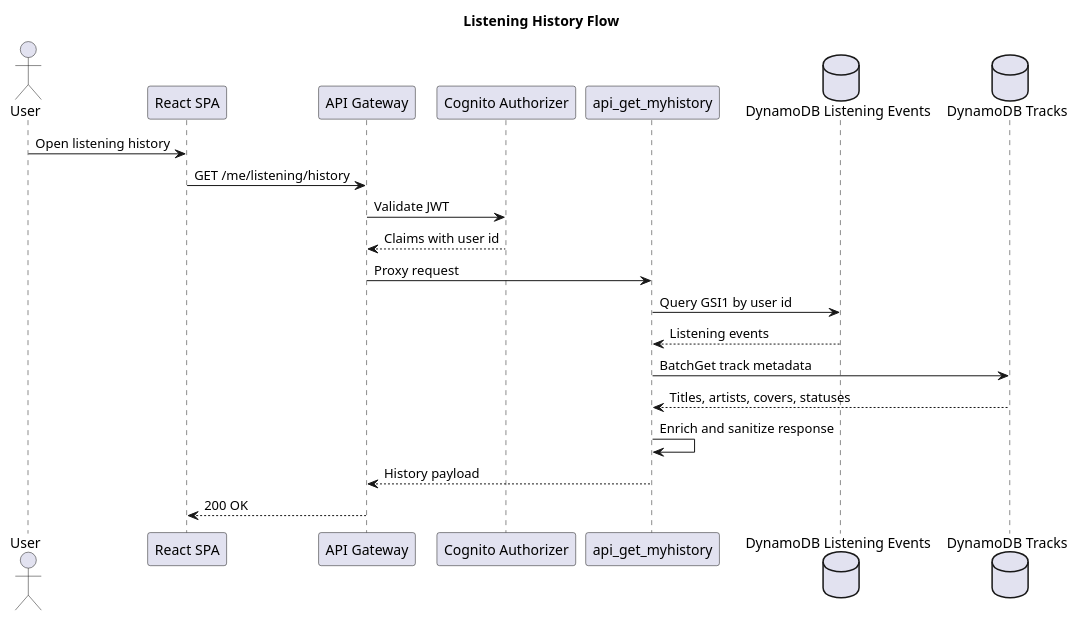
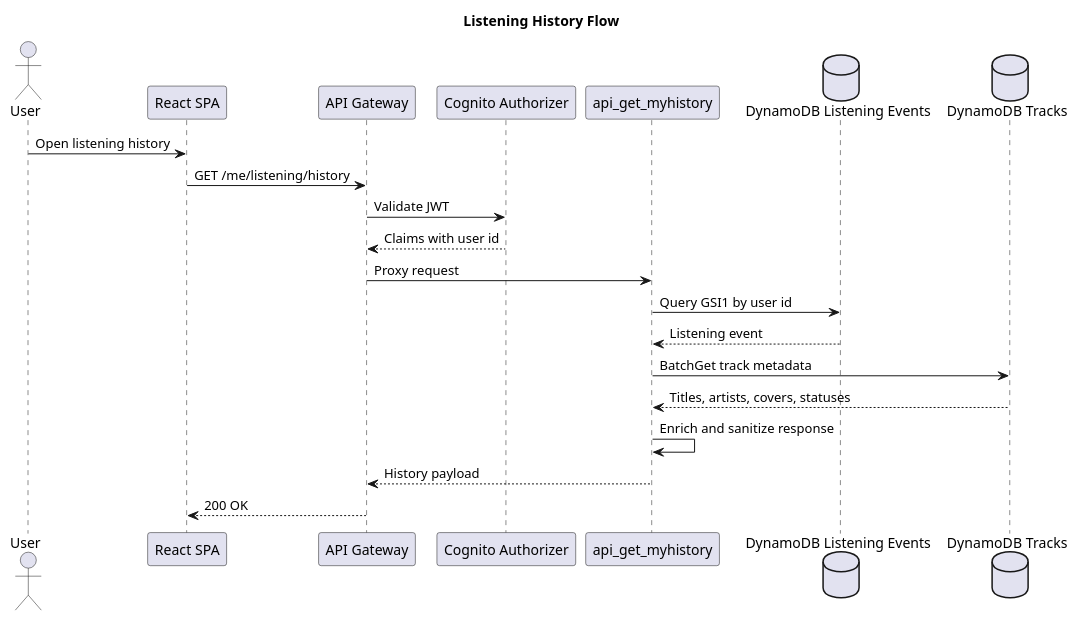
The diagram in doc/sequences/listening-history-flow.puml (TalelKarim/spotify-app), drawn with PlantUML before and after one commit. The commit also changed 3 other files, not shown here.

Commit message:
Update diagramme sequences

```diff
--- a/doc/sequences/listening-history-flow.puml
+++ b/doc/sequences/listening-history-flow.puml
@@ -1,25 +1,25 @@
 @startuml
 title Listening History Flow
 
 actor User
 participant "React SPA" as SPA
 participant "API Gateway" as APIGW
 participant "Cognito Authorizer" as COG
 participant "api_get_myhistory" as HISTORY
 database "DynamoDB Listening Events" as EVENTS
 database "DynamoDB Tracks" as TRACKS
 
 User -> SPA : Open listening history
 SPA -> APIGW : GET /me/listening/history
 APIGW -> COG : Validate JWT
 COG --> APIGW : Claims with user id
 APIGW -> HISTORY : Proxy request
 HISTORY -> EVENTS : Query GSI1 by user id
-EVENTS --> HISTORY : Listening events
+EVENTS --> HISTORY : Listening event
 HISTORY -> TRACKS : BatchGet track metadata
 TRACKS --> HISTORY : Titles, artists, covers, statuses
 HISTORY -> HISTORY : Enrich and sanitize response
 HISTORY --> APIGW : History payload
 APIGW --> SPA : 200 OK
 
 @enduml
```
